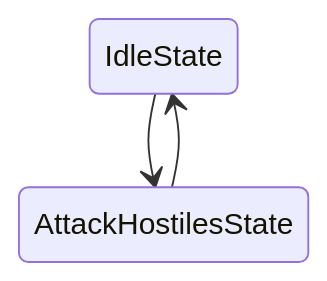
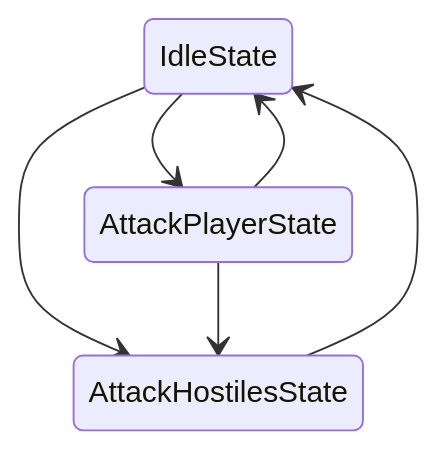
The diagram in README.md (AkagawaTsurunaki/KonekoMinecraftBot), drawn with Mermaid before and after one commit. The commit also changed 3 other files, not shown here.

````diff
--- a/README.md
+++ b/README.md
@@ -5,5 +5,8 @@
 ```mermaid
 stateDiagram
     IdleState --> AttackHostilesState
+    IdleState --> AttackPlayerState
     AttackHostilesState --> IdleState
+    AttackPlayerState --> IdleState
+    AttackPlayerState --> AttackHostilesState
 ```
````
